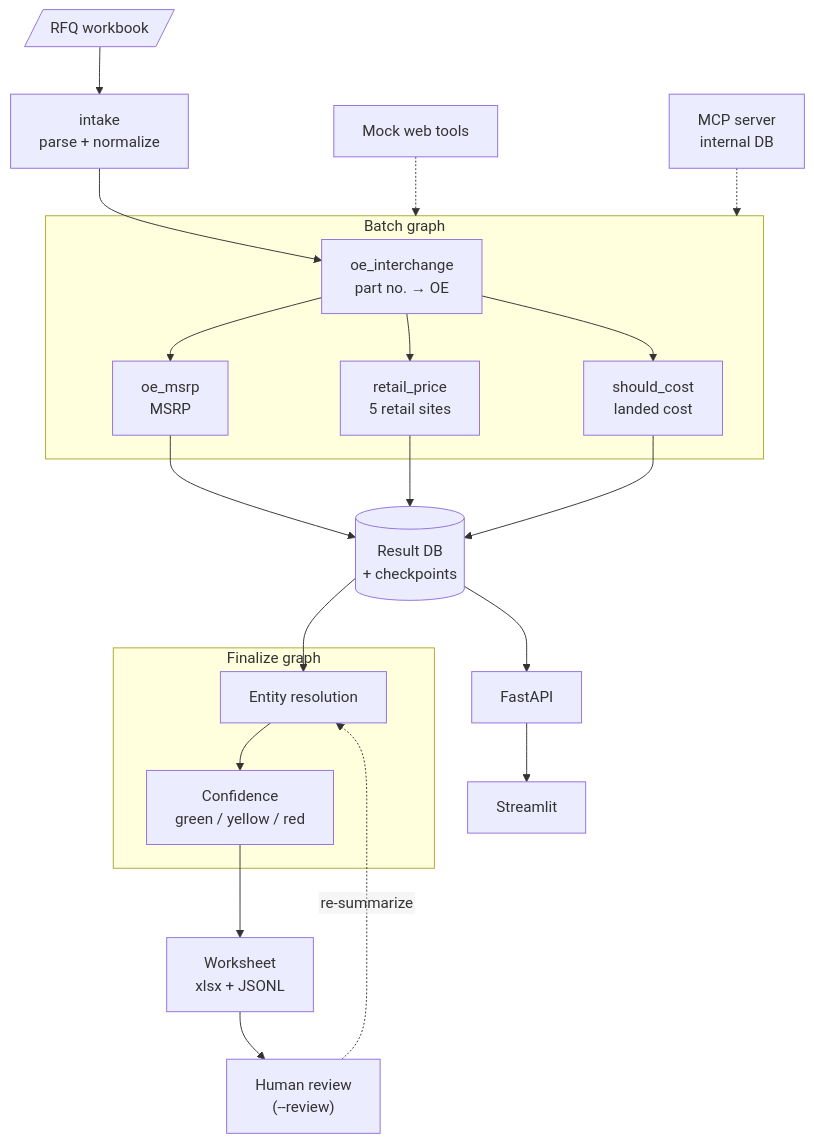
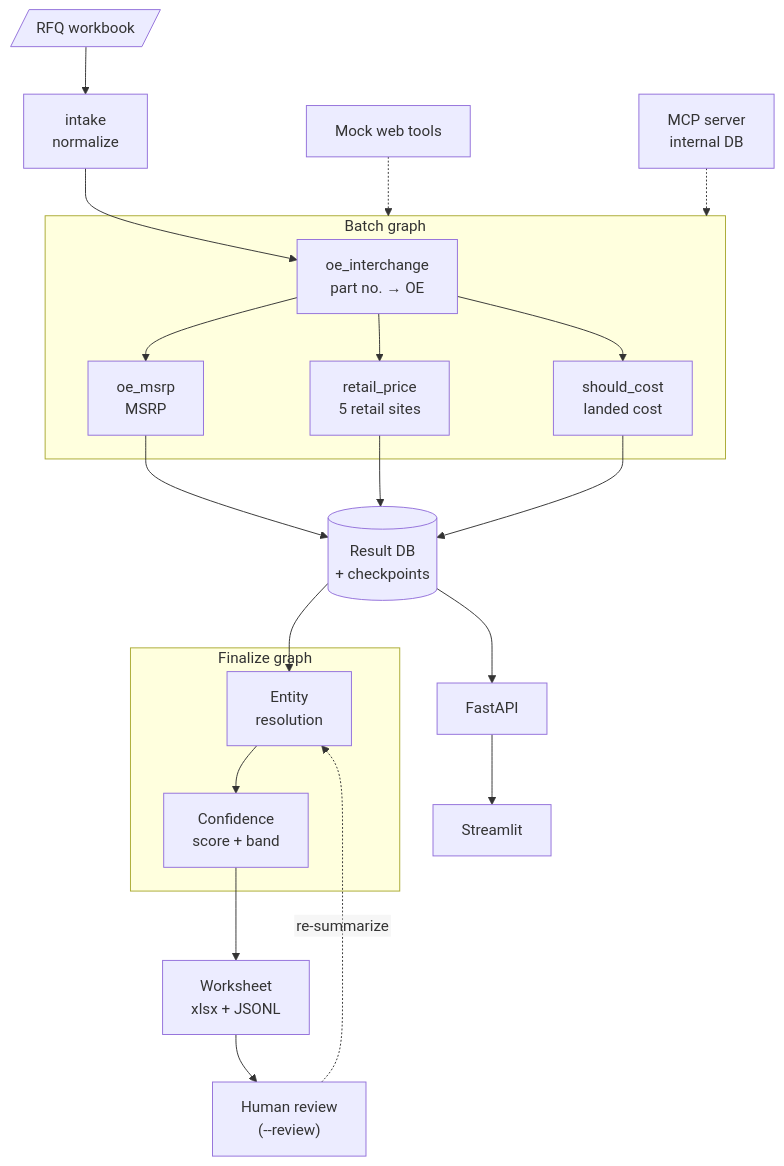
Before and after one commit to RobertWei3/RFQ-Agent: the diagram in README.md, drawn with Mermaid.

Commit message:
README diagram: English labels at most 14 characters per line (two were still clipped on GitHub)

````diff
--- a/README.md
+++ b/README.md
@@ -61,30 +61,30 @@
 ```mermaid
 %%{init: {"flowchart": {"htmlLabels": false}} }%%
 flowchart TD
-    rfq[/"RFQ workbook"/] --> intake["intake<br/>parse + normalize"]
+    rfq[/"RFQ workbook"/] --> intake["intake<br/>normalize"]
     intake --> oe
     subgraph batch["Batch graph"]
         oe["oe_interchange<br/>part no. → OE"]
         msrp["oe_msrp<br/>MSRP"]
         retail["retail_price<br/>5 retail sites"]
         cost["should_cost<br/>landed cost"]
         oe --> msrp
         oe --> retail
         oe --> cost
     end
     tools["Mock web tools"] -.-> batch
     mcp["MCP server<br/>internal DB"] -.-> batch
     msrp --> store[("Result DB<br/>+ checkpoints")]
     retail --> store
     cost --> store
     store --> resolve
     subgraph final["Finalize graph"]
-        resolve["Entity resolution"]
-        confidence["Confidence<br/>green / yellow / red"]
+        resolve["Entity<br/>resolution"]
+        confidence["Confidence<br/>score + band"]
         resolve --> confidence
     end
     confidence --> sheet["Worksheet<br/>xlsx + JSONL"]
     sheet --> review["Human review<br/>(--review)"]
     review -. "re-summarize" .-> resolve
     store --> api["FastAPI"] --> dash["Streamlit"]
 ```
````
